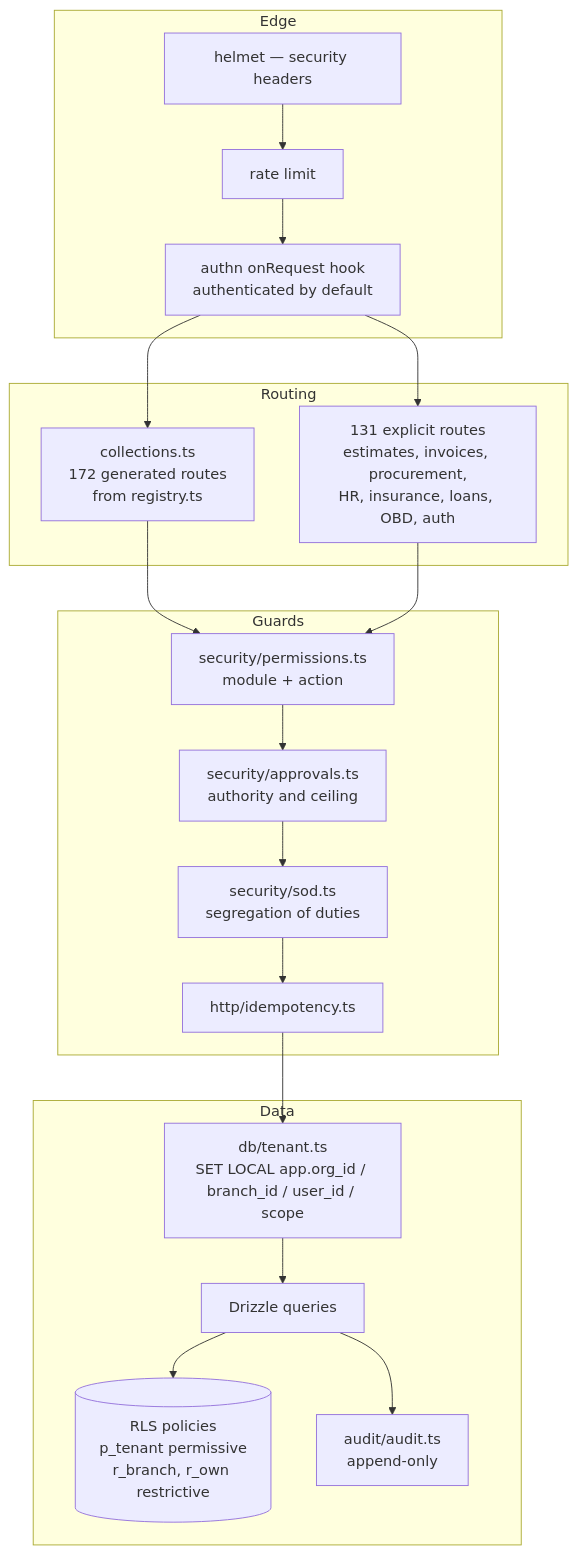
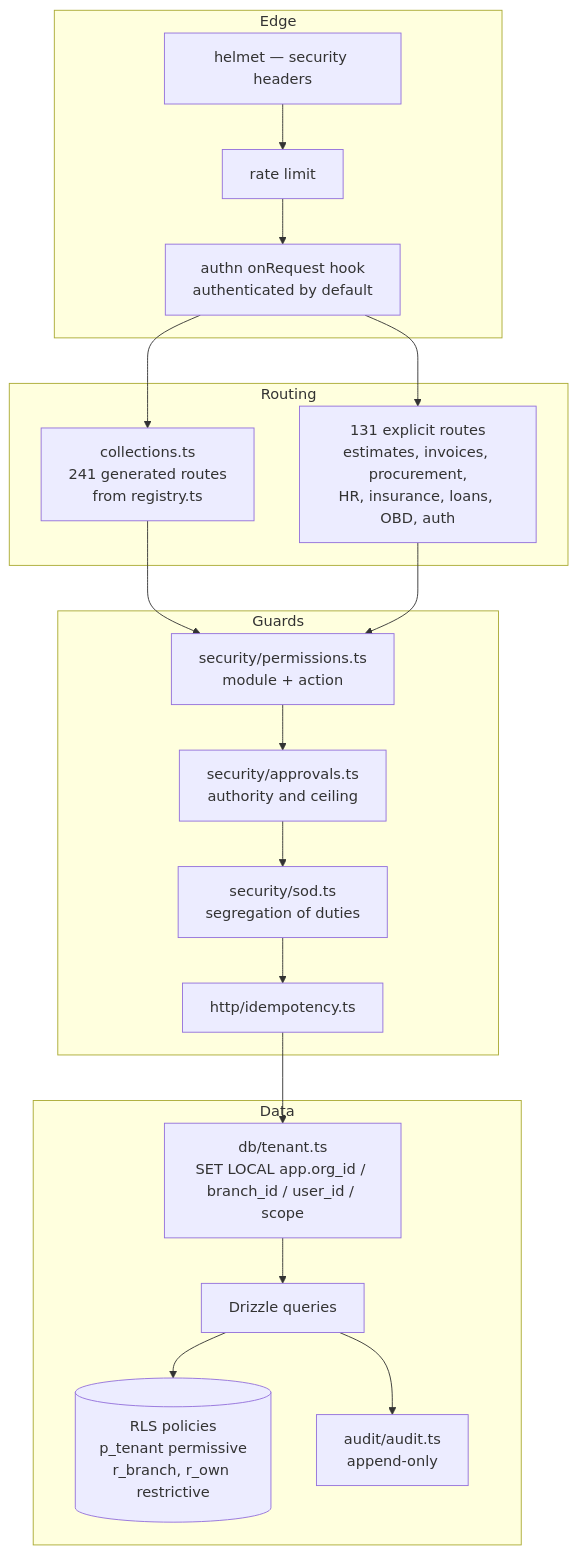
The third of 4 diagrams in docs/15_C4_ARCHITECTURE_DIAGRAMS/C4_MODEL.md (tazamohd/SlClNe), drawn with Mermaid before and after one commit. The commit also changed other lines of this file and 76 other files, not shown here.

````diff
--- a/docs/15_C4_ARCHITECTURE_DIAGRAMS/C4_MODEL.md
+++ b/docs/15_C4_ARCHITECTURE_DIAGRAMS/C4_MODEL.md
@@ -60,29 +60,29 @@
 ```mermaid
 flowchart TB
   subgraph edge[Edge]
     helmet["helmet — security headers"]
     rl["rate limit"]
     authn["authn onRequest hook<br/>authenticated by default"]
   end
   subgraph routing[Routing]
-    generic["collections.ts<br/>172 generated routes<br/>from registry.ts"]
+    generic["collections.ts<br/>241 generated routes<br/>from registry.ts"]
     explicit["131 explicit routes<br/>estimates, invoices, procurement,<br/>HR, insurance, loans, OBD, auth"]
   end
   subgraph guards[Guards]
     perms["security/permissions.ts<br/>module + action"]
     approvals["security/approvals.ts<br/>authority and ceiling"]
     sod["security/sod.ts<br/>segregation of duties"]
     idem["http/idempotency.ts"]
   end
   subgraph data[Data]
     tenant["db/tenant.ts<br/>SET LOCAL app.org_id / branch_id / user_id / scope"]
     drizzle["Drizzle queries"]
     rls[("RLS policies<br/>p_tenant permissive<br/>r_branch, r_own restrictive")]
     audit["audit/audit.ts<br/>append-only"]
   end
   helmet --> rl --> authn --> generic
   authn --> explicit
   generic --> perms
   explicit --> perms --> approvals --> sod --> idem --> tenant --> drizzle --> rls
   drizzle --> audit
 ```
````
